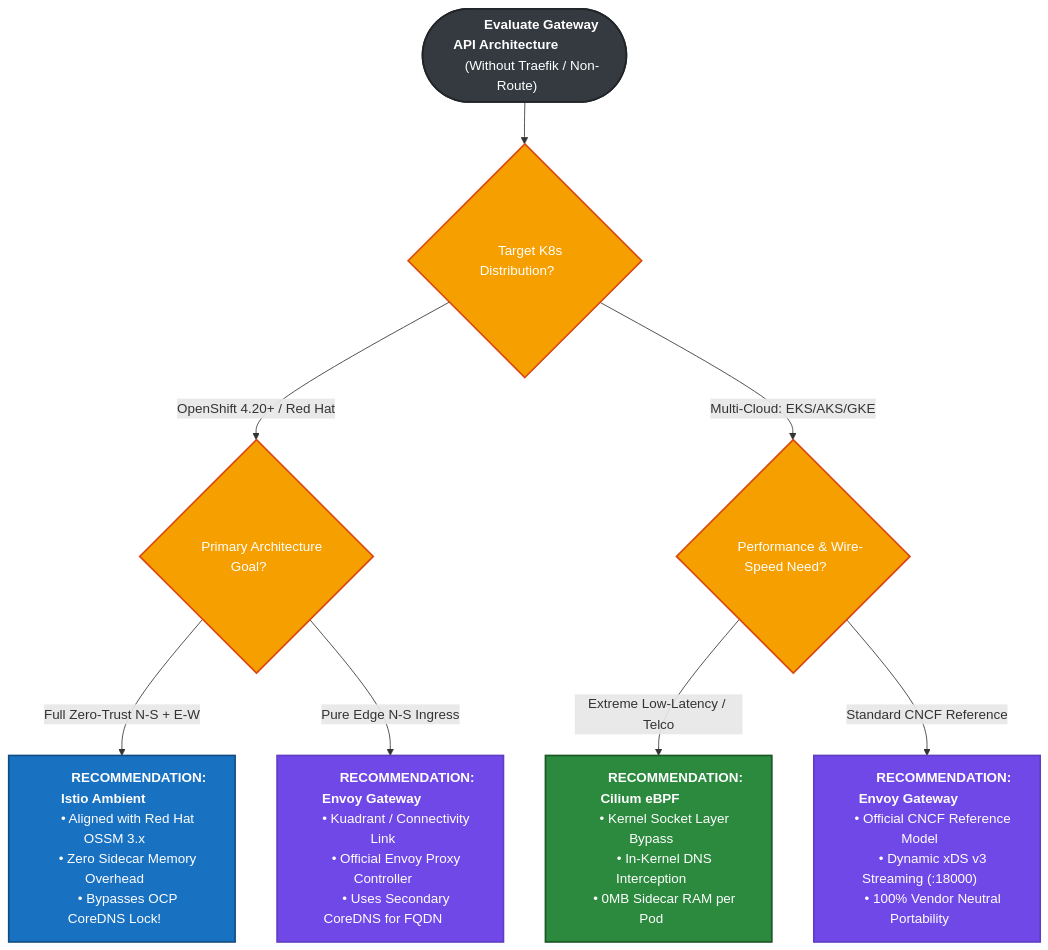
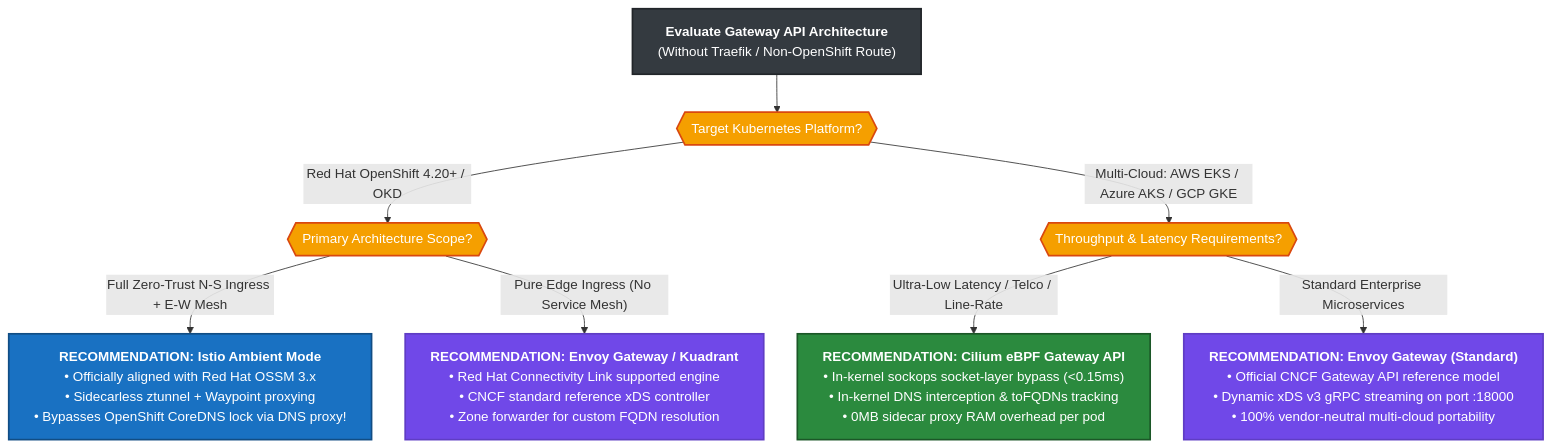
The sixth of 6 diagrams in docs/GATEWAY_API_WITHOUT_TRAEFIK.md (nubenetes/cloudnative-ingress-mesh-lab), drawn with Mermaid before and after one commit. The commit also changed other lines of this file, not shown here.

Commit message:
docs(gateway-api): fix diagrams with wrappingWidth/hexagons, deepen Cilium encryption analysis, and add 2026-2027 maturity matrix

````diff
--- a/docs/GATEWAY_API_WITHOUT_TRAEFIK.md
+++ b/docs/GATEWAY_API_WITHOUT_TRAEFIK.md
@@ -604,24 +738,29 @@
 ```mermaid
+%%{init: {"flowchart": {"wrappingWidth": 450, "nodeSpacing": 40, "rankSpacing": 45}}}%%
 flowchart TD
-    Start(["&nbsp;&nbsp;&nbsp;&nbsp;&nbsp;&nbsp;&nbsp;&nbsp;&nbsp;&nbsp;<b>Evaluate Gateway API Architecture</b>&nbsp;&nbsp;&nbsp;&nbsp;&nbsp;&nbsp;&nbsp;&nbsp;&nbsp;&nbsp;<br/>&nbsp;&nbsp;&nbsp;&nbsp;(Without Traefik / Non-Route)&nbsp;&nbsp;&nbsp;&nbsp;"]) --> QPlatform{"&nbsp;&nbsp;&nbsp;&nbsp;Target K8s Distribution?&nbsp;&nbsp;&nbsp;&nbsp;"}
+    Start["<b>Evaluate Gateway API Architecture</b><br/>(Without Traefik / Non-OpenShift Route)"] --> QPlatform{{"Target Kubernetes Platform?"}}
     
-    QPlatform -->|"OpenShift 4.20+ / Red Hat"| QOCP{"&nbsp;&nbsp;&nbsp;&nbsp;Primary Architecture Goal?&nbsp;&nbsp;&nbsp;&nbsp;"}
-    QOCP -->|"Full Zero-Trust N-S + E-W"| RecIstio["&nbsp;&nbsp;&nbsp;&nbsp;&nbsp;&nbsp;&nbsp;&nbsp;&nbsp;&nbsp;<b>RECOMMENDATION: Istio Ambient</b>&nbsp;&nbsp;&nbsp;&nbsp;&nbsp;&nbsp;&nbsp;&nbsp;&nbsp;&nbsp;<br/>&nbsp;&nbsp;&nbsp;&nbsp;• Aligned with Red Hat OSSM 3.x&nbsp;&nbsp;&nbsp;&nbsp;<br/>&nbsp;&nbsp;&nbsp;&nbsp;• Zero Sidecar Memory Overhead&nbsp;&nbsp;&nbsp;&nbsp;<br/>&nbsp;&nbsp;&nbsp;&nbsp;• Bypasses OCP CoreDNS Lock!&nbsp;&nbsp;&nbsp;&nbsp;"]
-    QOCP -->|"Pure Edge N-S Ingress"| RecEG_OCP["&nbsp;&nbsp;&nbsp;&nbsp;&nbsp;&nbsp;&nbsp;&nbsp;&nbsp;&nbsp;<b>RECOMMENDATION: Envoy Gateway</b>&nbsp;&nbsp;&nbsp;&nbsp;&nbsp;&nbsp;&nbsp;&nbsp;&nbsp;&nbsp;<br/>&nbsp;&nbsp;&nbsp;&nbsp;• Kuadrant / Connectivity Link&nbsp;&nbsp;&nbsp;&nbsp;<br/>&nbsp;&nbsp;&nbsp;&nbsp;• Official Envoy Proxy Controller&nbsp;&nbsp;&nbsp;&nbsp;<br/>&nbsp;&nbsp;&nbsp;&nbsp;• Uses Secondary CoreDNS for FQDN&nbsp;&nbsp;&nbsp;&nbsp;"]
+    QPlatform -->|"Red Hat OpenShift 4.20+ / OKD"| QOCP{{"Primary Architecture Scope?"}}
+    
+    QOCP -->|"Full Zero-Trust N-S Ingress + E-W Mesh"| RecIstio["<b>RECOMMENDATION: Istio Ambient Mode</b><br/>• Officially aligned with Red Hat OSSM 3.x<br/>• Sidecarless ztunnel + Waypoint proxying<br/>• Bypasses OpenShift CoreDNS lock via DNS proxy!"]
+    
+    QOCP -->|"Pure Edge Ingress (No Service Mesh)"| RecEG_OCP["<b>RECOMMENDATION: Envoy Gateway / Kuadrant</b><br/>• Red Hat Connectivity Link supported engine<br/>• CNCF standard reference xDS controller<br/>• Zone forwarder for custom FQDN resolution"]
 
-    QPlatform -->|"Multi-Cloud: EKS/AKS/GKE"| QCloud{"&nbsp;&nbsp;&nbsp;&nbsp;Performance & Wire-Speed Need?&nbsp;&nbsp;&nbsp;&nbsp;"}
-    QCloud -->|"Extreme Low-Latency / Telco"| RecCilium["&nbsp;&nbsp;&nbsp;&nbsp;&nbsp;&nbsp;&nbsp;&nbsp;&nbsp;&nbsp;<b>RECOMMENDATION: Cilium eBPF</b>&nbsp;&nbsp;&nbsp;&nbsp;&nbsp;&nbsp;&nbsp;&nbsp;&nbsp;&nbsp;<br/>&nbsp;&nbsp;&nbsp;&nbsp;• Kernel Socket Layer Bypass&nbsp;&nbsp;&nbsp;&nbsp;<br/>&nbsp;&nbsp;&nbsp;&nbsp;• In-Kernel DNS Interception&nbsp;&nbsp;&nbsp;&nbsp;<br/>&nbsp;&nbsp;&nbsp;&nbsp;• 0MB Sidecar RAM per Pod&nbsp;&nbsp;&nbsp;&nbsp;"]
-    QCloud -->|"Standard CNCF Reference"| RecEG_Cloud["&nbsp;&nbsp;&nbsp;&nbsp;&nbsp;&nbsp;&nbsp;&nbsp;&nbsp;&nbsp;<b>RECOMMENDATION: Envoy Gateway</b>&nbsp;&nbsp;&nbsp;&nbsp;&nbsp;&nbsp;&nbsp;&nbsp;&nbsp;&nbsp;<br/>&nbsp;&nbsp;&nbsp;&nbsp;• Official CNCF Reference Model&nbsp;&nbsp;&nbsp;&nbsp;<br/>&nbsp;&nbsp;&nbsp;&nbsp;• Dynamic xDS v3 Streaming (:18000)&nbsp;&nbsp;&nbsp;&nbsp;<br/>&nbsp;&nbsp;&nbsp;&nbsp;• 100% Vendor Neutral Portability&nbsp;&nbsp;&nbsp;&nbsp;"]
+    QPlatform -->|"Multi-Cloud: AWS EKS / Azure AKS / GCP GKE"| QCloud{{"Throughput & Latency Requirements?"}}
+    
+    QCloud -->|"Ultra-Low Latency / Telco / Line-Rate"| RecCilium["<b>RECOMMENDATION: Cilium eBPF Gateway API</b><br/>• In-kernel sockops socket-layer bypass (<0.15ms)<br/>• In-kernel DNS interception & toFQDNs tracking<br/>• 0MB sidecar proxy RAM overhead per pod"]
+    
+    QCloud -->|"Standard Enterprise Microservices"| RecEG_Cloud["<b>RECOMMENDATION: Envoy Gateway (Standard)</b><br/>• Official CNCF Gateway API reference model<br/>• Dynamic xDS v3 gRPC streaming on port :18000<br/>• 100% vendor-neutral multi-cloud portability"]
 
-    classDef start fill:#343a40,stroke:#212529,stroke-width:2px,color:#fff;
-    classDef question fill:#f59f00,stroke:#d9480f,stroke-width:2px,color:#fff;
-    classDef recIstio fill:#1971c2,stroke:#114d84,stroke-width:2px,color:#fff;
-    classDef recEG fill:#7048e8,stroke:#5f3dc4,stroke-width:2px,color:#fff;
-    classDef recCilium fill:#2b8a3e,stroke:#1b5727,stroke-width:2px,color:#fff;
+    classDef start fill:#343a40,stroke:#212529,stroke-width:2px,color:#fff,min-width:280px;
+    classDef decision fill:#f59f00,stroke:#d9480f,stroke-width:2px,color:#fff,min-width:240px;
+    classDef recIstio fill:#1971c2,stroke:#114d84,stroke-width:2px,color:#fff,min-width:280px;
+    classDef recEG fill:#7048e8,stroke:#5f3dc4,stroke-width:2px,color:#fff,min-width:280px;
+    classDef recCilium fill:#2b8a3e,stroke:#1b5727,stroke-width:2px,color:#fff,min-width:280px;
 
     class Start start;
-    class QPlatform,QOCP,QCloud question;
+    class QPlatform,QOCP,QCloud decision;
     class RecIstio recIstio;
     class RecEG_OCP,RecEG_Cloud recEG;
     class RecCilium recCilium;
 ```
````
